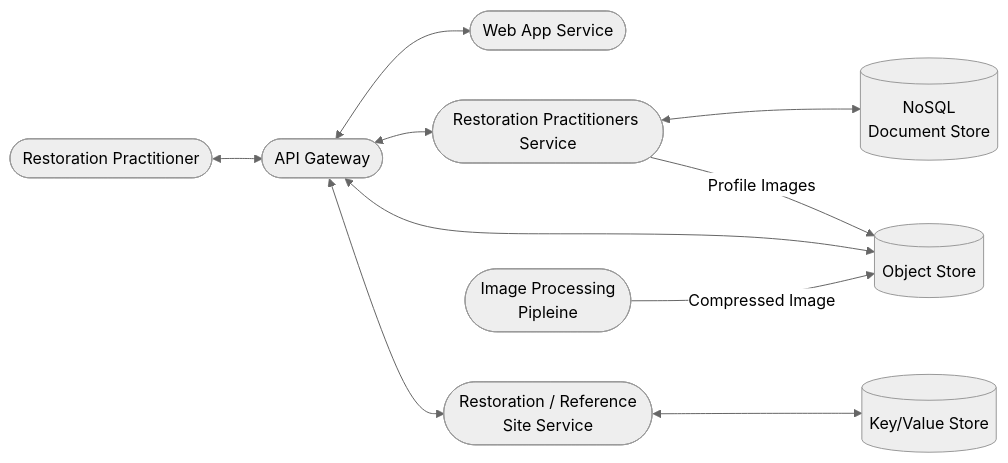
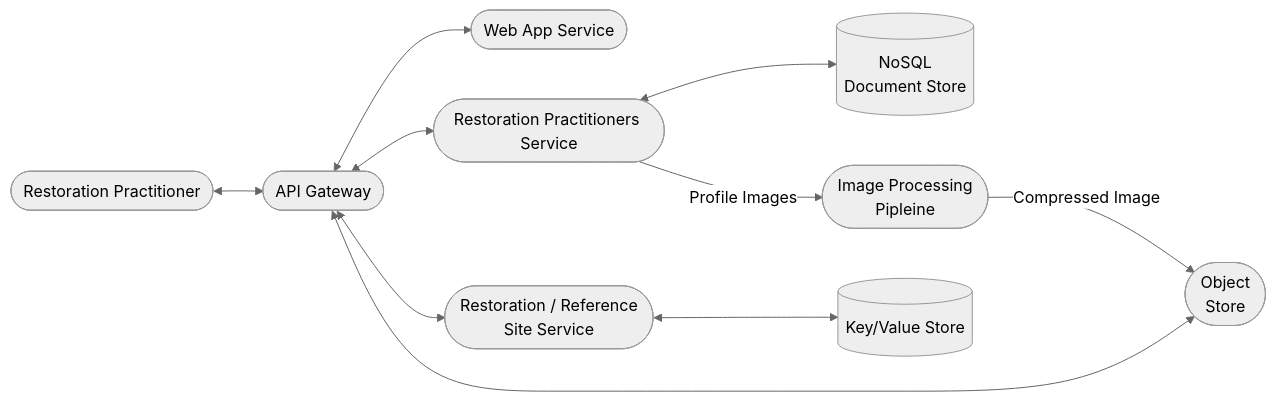
The fourth of 4 diagrams in README.md (maulikdave-fh/bdi), drawn with Mermaid (neutral theme) before and after one commit.

````diff
--- a/README.md
+++ b/README.md
@@ -125,12 +125,13 @@
 ```mermaid
     flowchart LR
         RP([Restoration Practitioner]) <--> APIGateway([API Gateway])
         APIGateway <--> WebApp([Web App Service])
         APIGateway <--> RPS([Restoration Practitioners Service])
         RPS <--> RPSSQL[(NoSQL<br/> Document Store)]
-        RPS --> |Profile Images| ObjStore[(Object Store)]
+        RPS --> |Profile Images| IPP([Image Processing<br/>Pipleine])
+        IPP --> |Compressed Image| ObjStore([Object <br/>Store])
         APIGateway <--> Site([Restoration / Reference<br/> Site Service])
         Site <--> RSSSQL[(Key/Value Store)]
         APIGateway <--> ObjStore
-        IPP([Image Processing<br/>Pipleine]) --> |Compressed Image| ObjStore
+        
 ```
````
